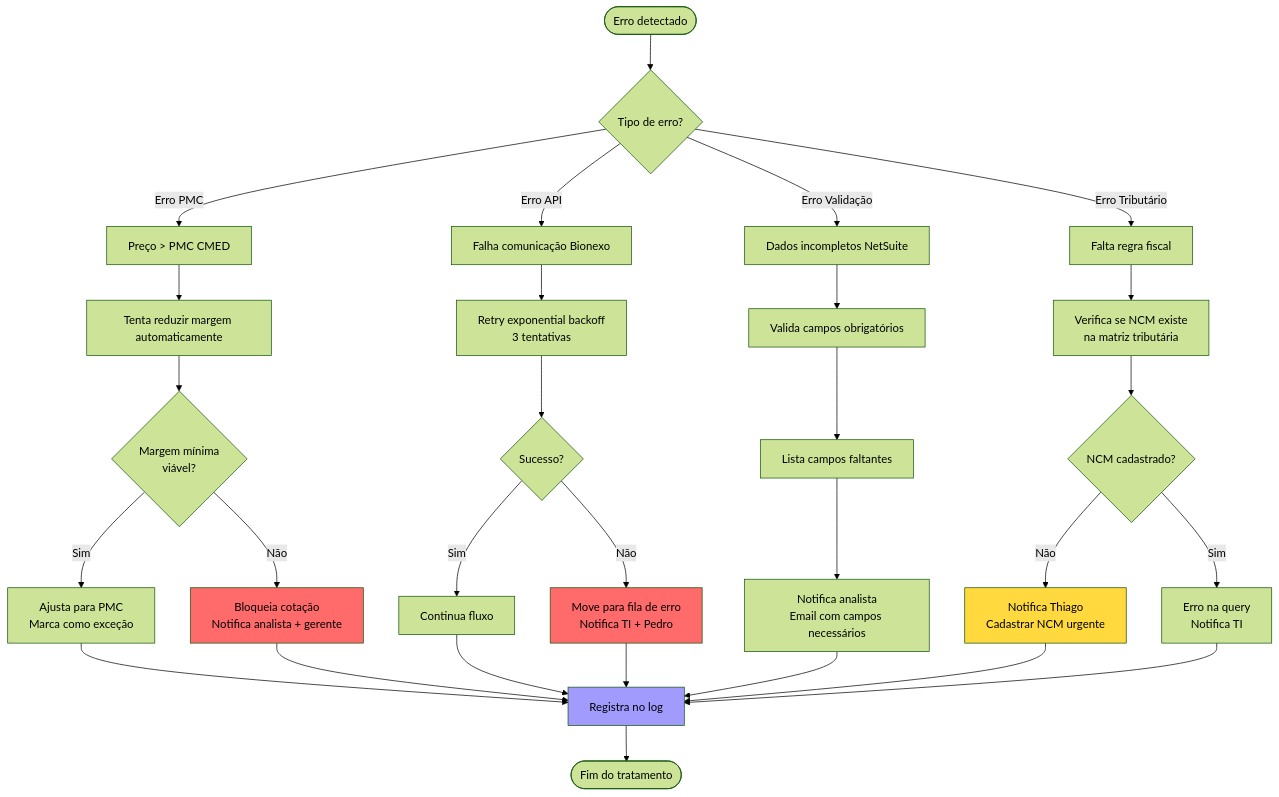
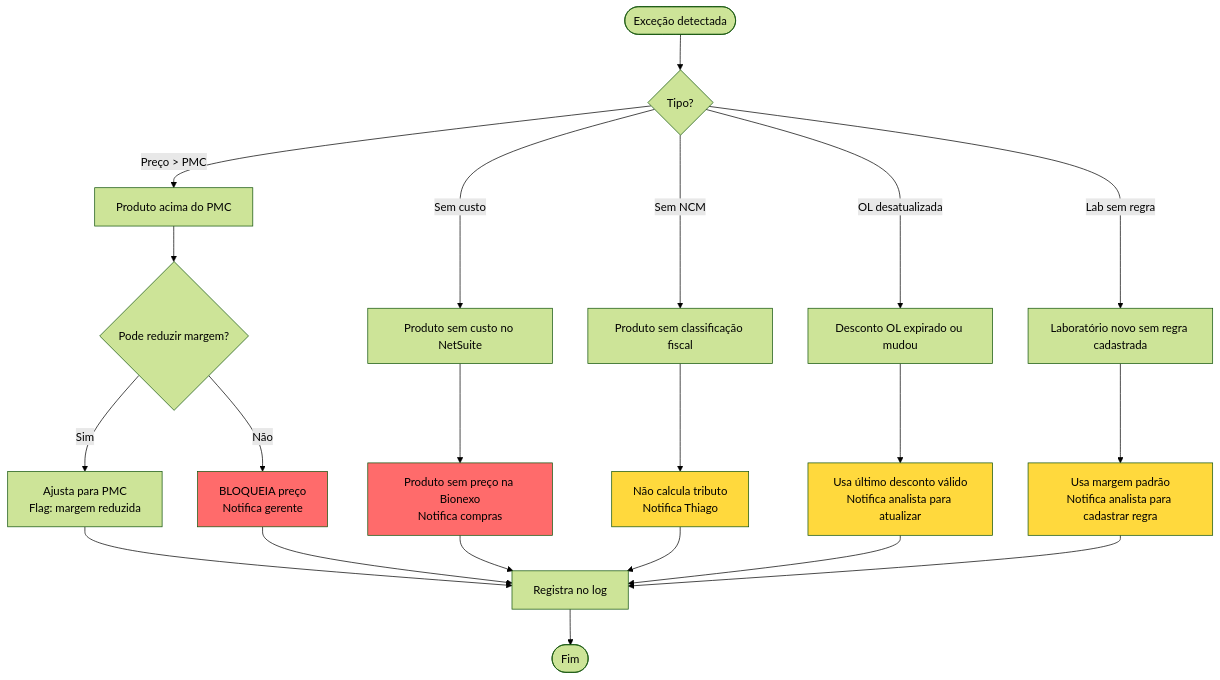
One commit to sejodrope/Amoveri-Farma changed the tenth of 12 diagrams in integrations/bionexo-netsuite/docs/05-DIAGRAMAS-FLUXOS.md. Above: the diagram before and after it, drawn with Mermaid (forest theme). The commit also changed other lines of this file and 56 other files, not shown here.

````diff
--- a/integrations/bionexo-netsuite/docs/05-DIAGRAMAS-FLUXOS.md
+++ b/integrations/bionexo-netsuite/docs/05-DIAGRAMAS-FLUXOS.md
@@ -416,43 +631,37 @@
 ```mermaid
 flowchart TD
-    Start([Erro detectado]) --> A{Tipo de erro?}
+    Start([Exceção detectada]) --> A{Tipo?}
 
-    A -->|Erro PMC| B[Preço > PMC CMED]
-    A -->|Erro API| C[Falha comunicação Bionexo]
-    A -->|Erro Validação| D[Dados incompletos NetSuite]
-    A -->|Erro Tributário| E[Falta regra fiscal]
+    A -->|Preço > PMC| B[Produto acima do PMC]
+    A -->|Sem custo| C[Produto sem custo no NetSuite]
+    A -->|Sem NCM| D[Produto sem classificação fiscal]
+    A -->|OL desatualizada| E[Desconto OL expirado ou mudou]
+    A -->|Lab sem regra| F[Laboratório novo sem regra cadastrada]
 
-    B --> B1[Tenta reduzir margem automaticamente]
-    B1 --> B2{Margem mínima<br/>viável?}
-    B2 -->|Sim| B3[Ajusta para PMC<br/>Marca como exceção]
-    B2 -->|Não| B4[Bloqueia cotação<br/>Notifica analista + gerente]
+    B --> B1{Pode reduzir margem?}
+    B1 -->|Sim| B2[Ajusta para PMC<br/>Flag: margem reduzida]
+    B1 -->|Não| B3[BLOQUEIA preço<br/>Notifica gerente]
 
-    C --> C1[Retry exponential backoff<br/>3 tentativas]
-    C1 --> C2{Sucesso?}
-    C2 -->|Sim| C3[Continua fluxo]
-    C2 -->|Não| C4[Move para fila de erro<br/>Notifica TI + Pedro]
+    C --> C1[Produto sem preço na Bionexo<br/>Notifica compras]
 
-    D --> D1[Valida campos obrigatórios]
-    D1 --> D2[Lista campos faltantes]
-    D2 --> D3[Notifica analista<br/>Email com campos necessários]
+    D --> D1[Não calcula tributo<br/>Notifica Thiago]
 
-    E --> E1[Verifica se NCM existe<br/>na matriz tributária]
-    E1 --> E2{NCM cadastrado?}
-    E2 -->|Não| E3[Notifica Thiago<br/>Cadastrar NCM urgente]
-    E2 -->|Sim| E4[Erro na query<br/>Notifica TI]
+    E --> E1[Usa último desconto válido<br/>Notifica analista para atualizar]
 
-    B3 --> Log[Registra no log]
-    B4 --> Log
-    C3 --> Log
-    C4 --> Log
-    D3 --> Log
-    E3 --> Log
-    E4 --> Log
+    F --> F1[Usa margem padrão<br/>Notifica analista para cadastrar regra]
 
-    Log --> End([Fim do tratamento])
+    B2 --> Log[Registra no log]
+    B3 --> Log
+    C1 --> Log
+    D1 --> Log
+    E1 --> Log
+    F1 --> Log
 
-    style B4 fill:#ff6b6b
-    style C4 fill:#ff6b6b
-    style E3 fill:#ffd93d
-    style Log fill:#a29bfe
+    Log --> End([Fim])
+
+    style B3 fill:#ff6b6b
+    style C1 fill:#ff6b6b
+    style D1 fill:#ffd93d
+    style E1 fill:#ffd93d
+    style F1 fill:#ffd93d
 ```
````
